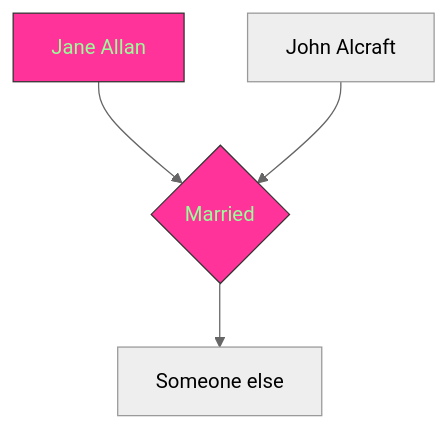
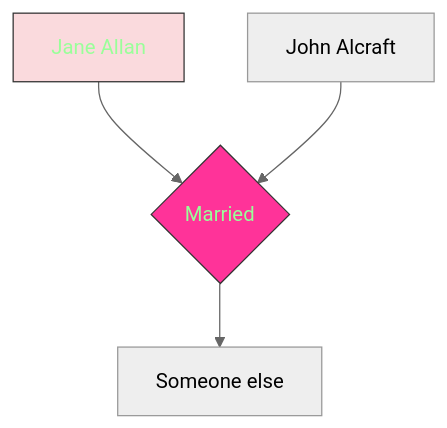
The diagram in docs/index.md (RachelAlcraft/family-tree), drawn with Mermaid (neutral theme) before and after one commit.

````diff
--- a/docs/index.md
+++ b/docs/index.md
@@ -6,9 +6,9 @@
 ``` mermaid
 flowchart TD  
   A[Jane Allan] --> B{Married};
   C[John Alcraft] --> B{Married};
   B -->D[Someone else];  
-  style A fill:#ff3399,stroke:#333,stroke-width:1px,color:#99ff99
+  style A fill:#FADADD,stroke:#333,stroke-width:1px,color:#99ff99
   click A "jones.md" "A"
   style B fill:#ff3399,stroke:#333,stroke-width:1px,color:#99ff99  
 ```
````
